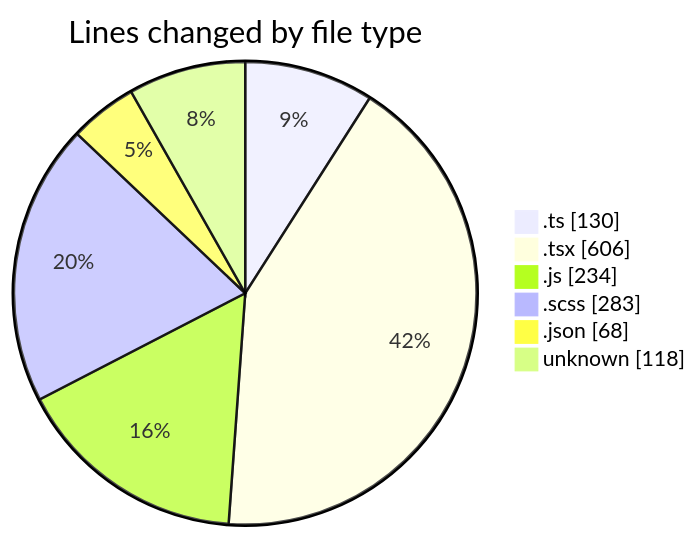
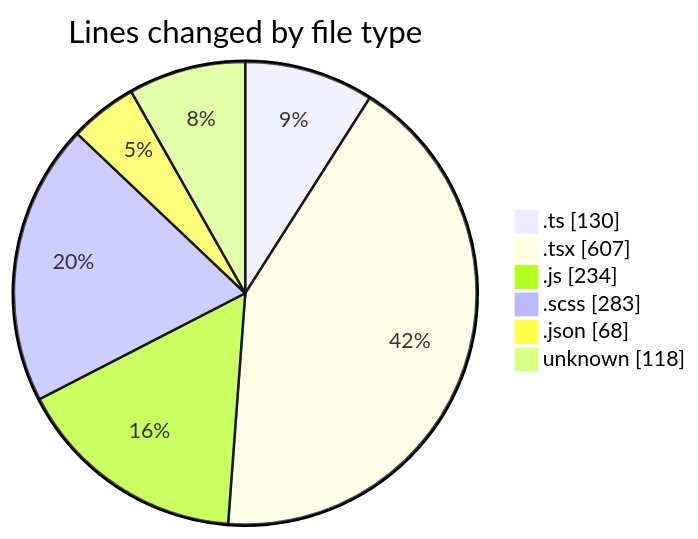
One commit to momahboobian/code-tracking changed the first of 2 diagrams in 2026-05-08/cda/README.md. Above: the diagram before and after it, drawn with Mermaid. The commit also changed other lines of this file and 1 other file, not shown here.

````diff
--- a/2026-05-08/cda/README.md
+++ b/2026-05-08/cda/README.md
@@ -38,10 +38,10 @@
 ```mermaid
 pie showData
 title Lines changed by file type
 ".ts" : 130
-".tsx" : 606
+".tsx" : 607
 ".js" : 234
 ".scss" : 283
 ".json" : 68
 "unknown" : 118
 ```
````
